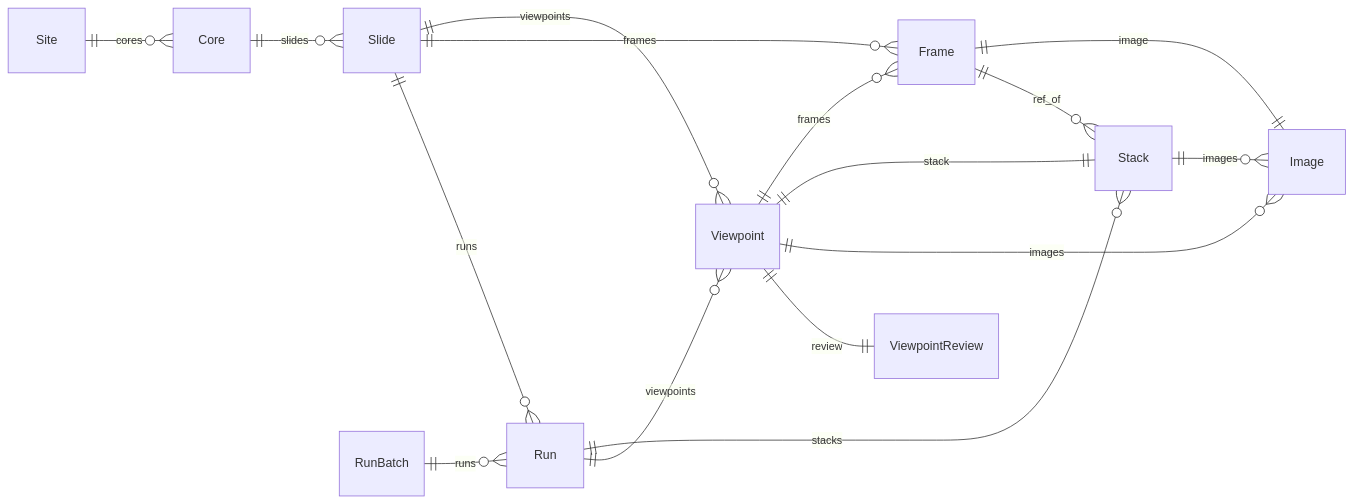
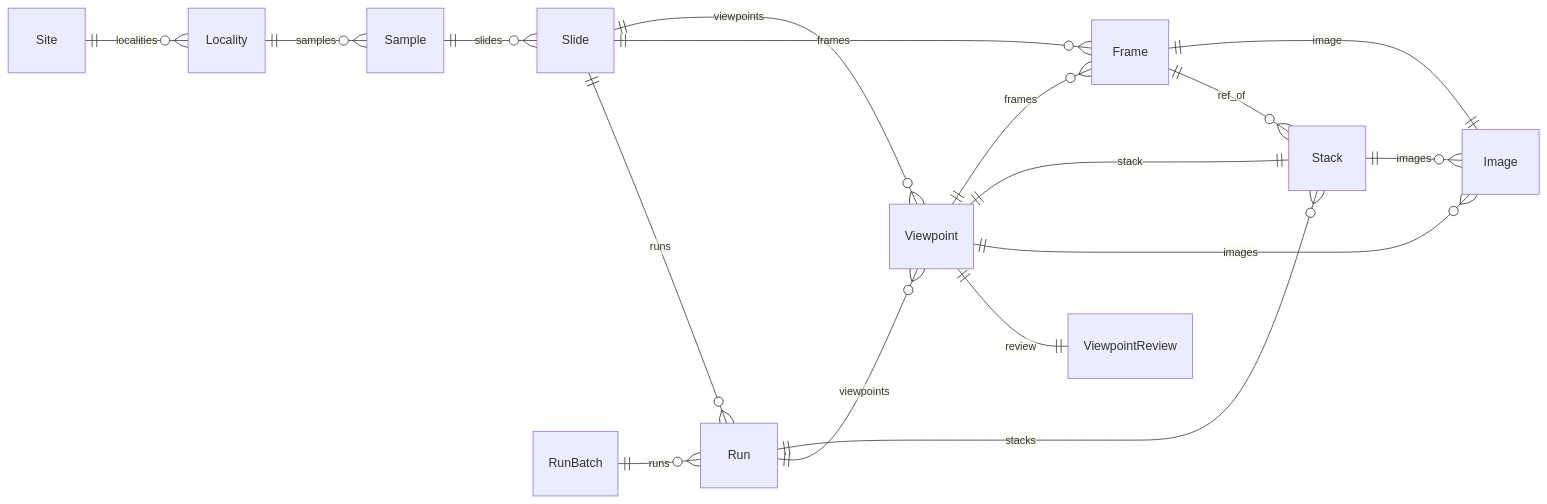
Before and after one commit to jikhanjung/DiaRUGA: the second of 5 diagrams in docs/20260804_db-erd-poster.md, drawn with Mermaid. The commit also changed other lines of this file and 21 other files, not shown here.

First line of the commit message:
문서를 새 층에 맞춘다 — devlog 063, HANDOFF·TODOs·CLAUDE·DB 명세·ERD

````diff
--- a/docs/20260804_db-erd-poster.md
+++ b/docs/20260804_db-erd-poster.md
@@ -58,19 +59,20 @@
 ```mermaid
 erDiagram
     direction LR
-    Site ||--o{ Core : cores
-    Core ||--o{ Slide : slides
+    Site ||--o{ Locality : localities
+    Locality ||--o{ Sample : samples
+    Sample ||--o{ Slide : slides
     Slide ||--o{ Viewpoint : viewpoints
     Slide ||--o{ Frame : frames
     Slide ||--o{ Run : runs
     RunBatch ||--o{ Run : runs
     Viewpoint ||--o{ Frame : frames
     Viewpoint ||--|| Stack : stack
     Viewpoint ||--o{ Image : images
     Frame ||--|| Image : image
     Stack ||--o{ Image : images
     Viewpoint ||--|| ViewpointReview : review
     Run ||--o{ Stack : stacks
     Run ||--o{ Viewpoint : viewpoints
     Frame ||--o{ Stack : ref_of
 ```
````
